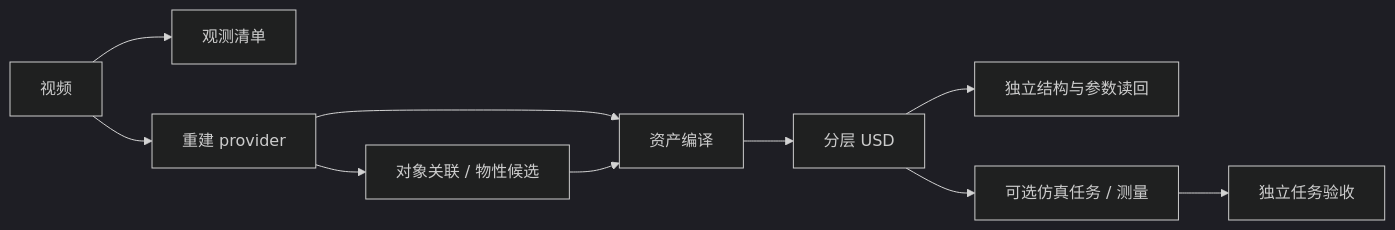
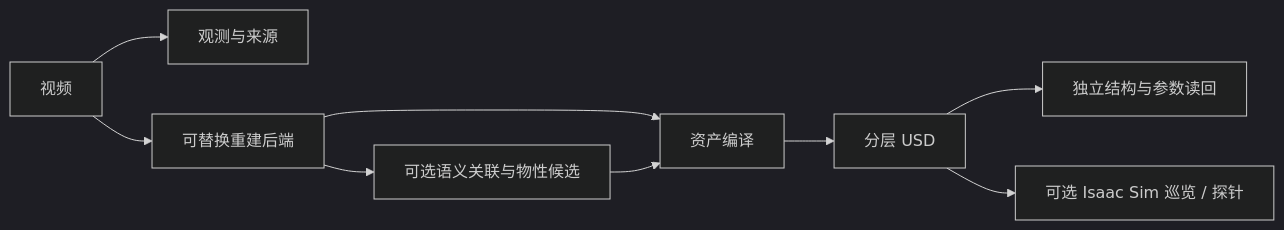
One commit to miracle-techlink/aholo-powergrid-simready changed the diagram in docs/architecture.md. Above: the diagram before and after it, drawn with Mermaid (dark theme). The commit also changed other lines of this file and 341 other files, not shown here.

````diff
--- a/docs/architecture.md
+++ b/docs/architecture.md
@@ -5,12 +3,11 @@
 ```mermaid
 flowchart LR
-    V[视频] --> O[观测清单]
-    V --> R[重建 provider]
-    R --> A[对象关联 / 物性候选]
+    V[视频] --> O[观测与来源]
+    V --> R[可替换重建后端]
+    R --> A[可选语义关联与物性候选]
     R --> C[资产编译]
     A --> C
     C --> U[分层 USD]
     U --> E[独立结构与参数读回]
-    U --> S[可选仿真任务 / 测量]
-    S --> T[独立任务验收]
+    U --> S[可选 Isaac Sim 巡览 / 探针]
 ```
````
